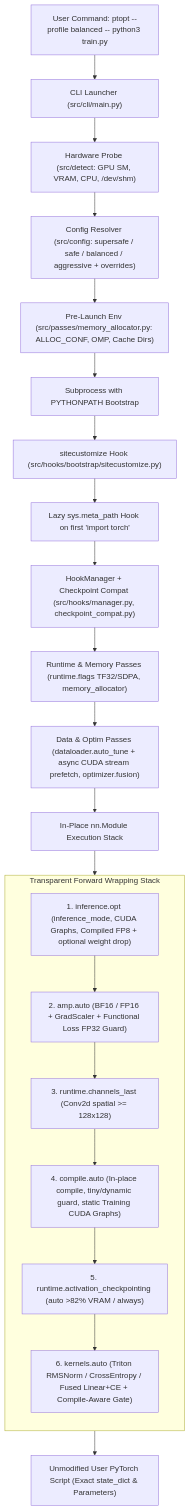
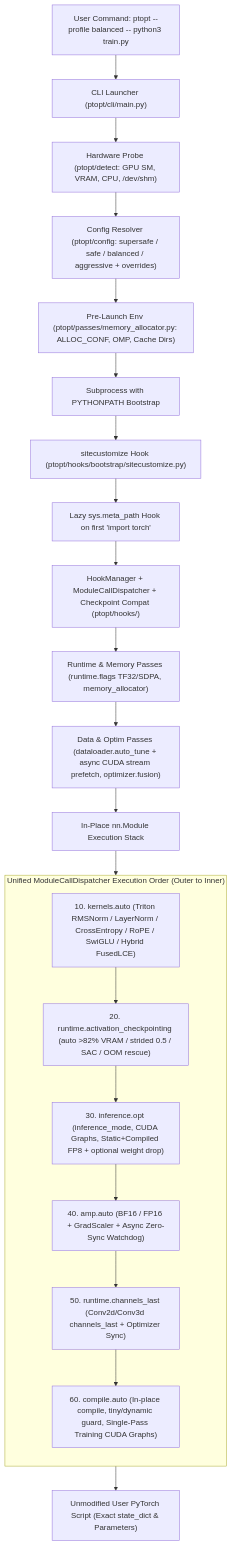
Before and after one commit to korarit/pytorch-optimize-kernel: the diagram in README.md, drawn with Mermaid. The commit also changed other lines of this file and 145 other files, not shown here.

Commit message:
fix(phase-7): isolate ptopt namespace, fix FP8 telemetry/calib, and harden LCE/AMP/checkpoint

````diff
--- a/README.md
+++ b/README.md
@@ -26,30 +26,30 @@
 ```mermaid
 flowchart TD
-    UserCmd["User Command: ptopt --profile balanced -- python3 train.py"] --> CLI["CLI Launcher (src/cli/main.py)"]
-    CLI --> Detect["Hardware Probe (src/detect: GPU SM, VRAM, CPU, /dev/shm)"]
-    Detect --> Resolver["Config Resolver (src/config: supersafe / safe / balanced / aggressive + overrides)"]
-    Resolver --> PreEnv["Pre-Launch Env (src/passes/memory_allocator.py: ALLOC_CONF, OMP, Cache Dirs)"]
+    UserCmd["User Command: ptopt --profile balanced -- python3 train.py"] --> CLI["CLI Launcher (ptopt/cli/main.py)"]
+    CLI --> Detect["Hardware Probe (ptopt/detect: GPU SM, VRAM, CPU, /dev/shm)"]
+    Detect --> Resolver["Config Resolver (ptopt/config: supersafe / safe / balanced / aggressive + overrides)"]
+    Resolver --> PreEnv["Pre-Launch Env (ptopt/passes/memory_allocator.py: ALLOC_CONF, OMP, Cache Dirs)"]
     PreEnv --> Spawn["Subprocess with PYTHONPATH Bootstrap"]
 
-    Spawn --> Site["sitecustomize Hook (src/hooks/bootstrap/sitecustomize.py)"]
+    Spawn --> Site["sitecustomize Hook (ptopt/hooks/bootstrap/sitecustomize.py)"]
     Site --> LazyHook["Lazy sys.meta_path Hook on first 'import torch'"]
-    LazyHook --> HookMgr["HookManager + Checkpoint Compat (src/hooks/manager.py, checkpoint_compat.py)"]
+    LazyHook --> HookMgr["HookManager + ModuleCallDispatcher + Checkpoint Compat (ptopt/hooks/)"]
 
     HookMgr --> RuntimePasses["Runtime & Memory Passes (runtime.flags TF32/SDPA, memory_allocator)"]
     RuntimePasses --> DataPass["Data & Optim Passes (dataloader.auto_tune + async CUDA stream prefetch, optimizer.fusion)"]
     DataPass --> ModuleWrappers["In-Place nn.Module Execution Stack"]
 
-    subgraph ModuleStack ["Transparent Forward Wrapping Stack"]
+    subgraph ModuleStack ["Unified ModuleCallDispatcher Execution Order (Outer to Inner)"]
         direction TB
-        InferOpt["1. inference.opt (inference_mode, CUDA Graphs, Compiled FP8 + optional weight drop)"]
-        AmpWrap["2. amp.auto (BF16 / FP16 + GradScaler + Functional Loss FP32 Guard)"]
-        LayoutWrap["3. runtime.channels_last (Conv2d spatial >= 128x128)"]
-        CompileWrap["4. compile.auto (In-place compile, tiny/dynamic guard, static Training CUDA Graphs)"]
-        ActCkpt["5. runtime.activation_checkpointing (auto >82% VRAM / always)"]
-        KernelWrap["6. kernels.auto (Triton RMSNorm / CrossEntropy / Fused Linear+CE + Compile-Aware Gate)"]
-        InferOpt --> AmpWrap --> LayoutWrap --> CompileWrap --> ActCkpt --> KernelWrap
+        KernelWrap["10. kernels.auto (Triton RMSNorm / LayerNorm / CrossEntropy / RoPE / SwiGLU / Hybrid FusedLCE)"]
+        ActCkpt["20. runtime.activation_checkpointing (auto >82% VRAM / strided 0.5 / SAC / OOM rescue)"]
+        InferOpt["30. inference.opt (inference_mode, CUDA Graphs, Static+Compiled FP8 + optional weight drop)"]
+        AmpWrap["40. amp.auto (BF16 / FP16 + GradScaler + Async Zero-Sync Watchdog)"]
+        LayoutWrap["50. runtime.channels_last (Conv2d/Conv3d channels_last + Optimizer Sync)"]
+        CompileWrap["60. compile.auto (In-place compile, tiny/dynamic guard, Single-Pass Training CUDA Graphs)"]
+        KernelWrap --> ActCkpt --> InferOpt --> AmpWrap --> LayoutWrap --> CompileWrap
     end
 
     ModuleWrappers --> ModuleStack
-    KernelWrap --> UserScript["Unmodified User PyTorch Script (Exact state_dict & Parameters)"]
+    CompileWrap --> UserScript["Unmodified User PyTorch Script (Exact state_dict & Parameters)"]
 ```
````
